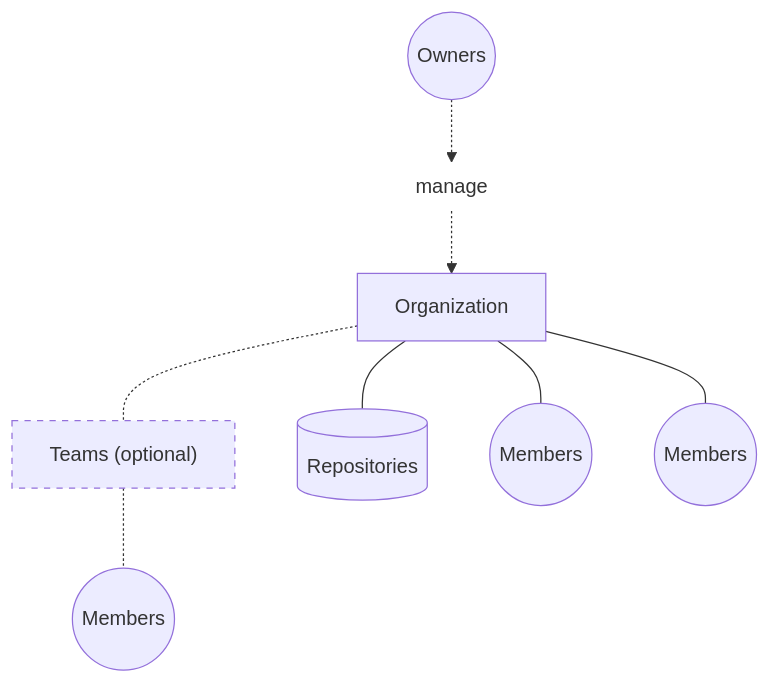
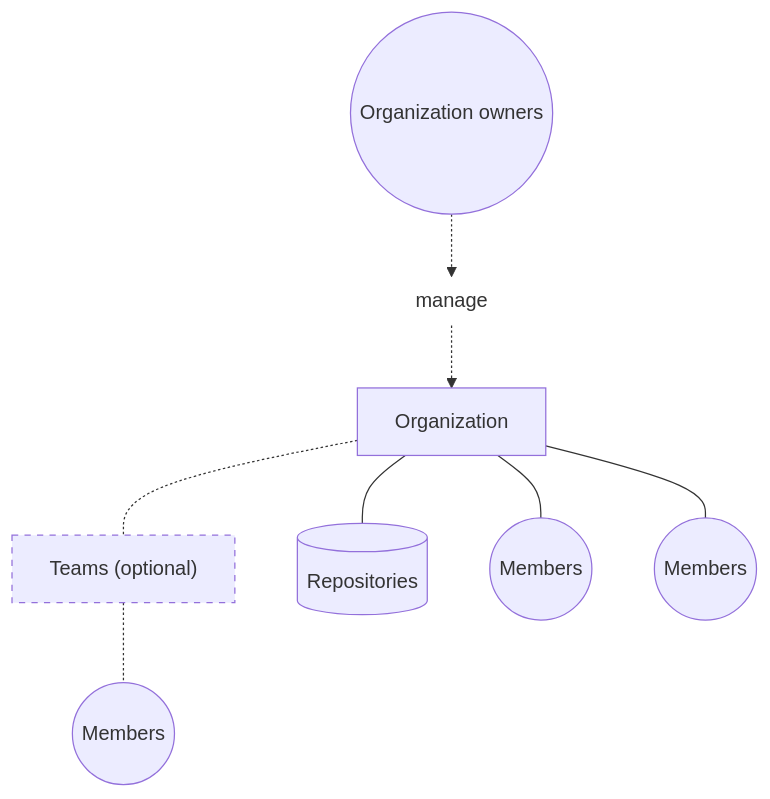
Before and after one commit to docker/docs: the diagram in content/manuals/accounts/organization/_index.md, drawn with Mermaid. The commit also changed other lines of this file, not shown here.

First line of the commit message:
docs: label organization owners in the org diagram

````diff
--- a/content/manuals/accounts/organization/_index.md
+++ b/content/manuals/accounts/organization/_index.md
@@ -57,12 +49,12 @@
 ```mermaid
 flowchart TB
-  oo((Owners)) -.-> manage@{ shape: text, label: "manage" }
+  oo((Organization owners)) -.-> manage@{ shape: text, label: "manage" }
   manage -.-> org[Organization]
   org -.- t["Teams (optional)"]
   t -.- mt((Members))
   org --- r[(Repositories)]
   org --- m1((Members))
   org --- m2((Members))
   classDef optional stroke-dasharray: 5 5
   class t optional
 ```
````
